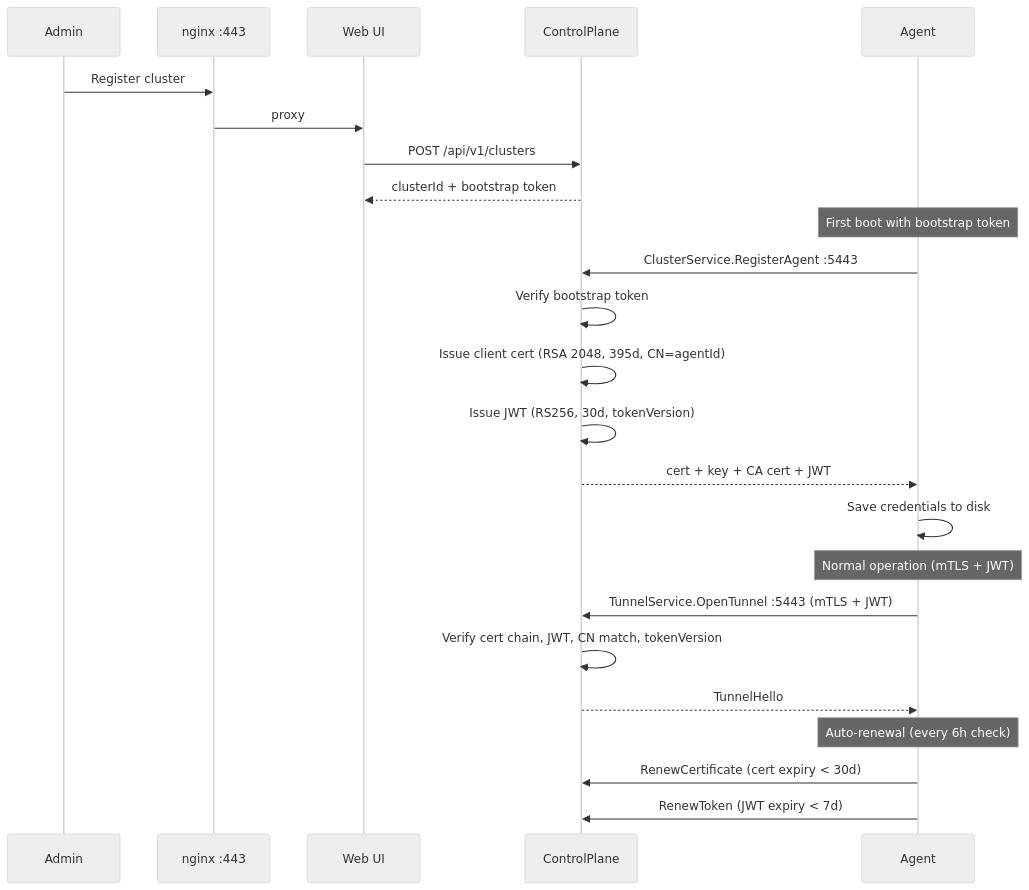
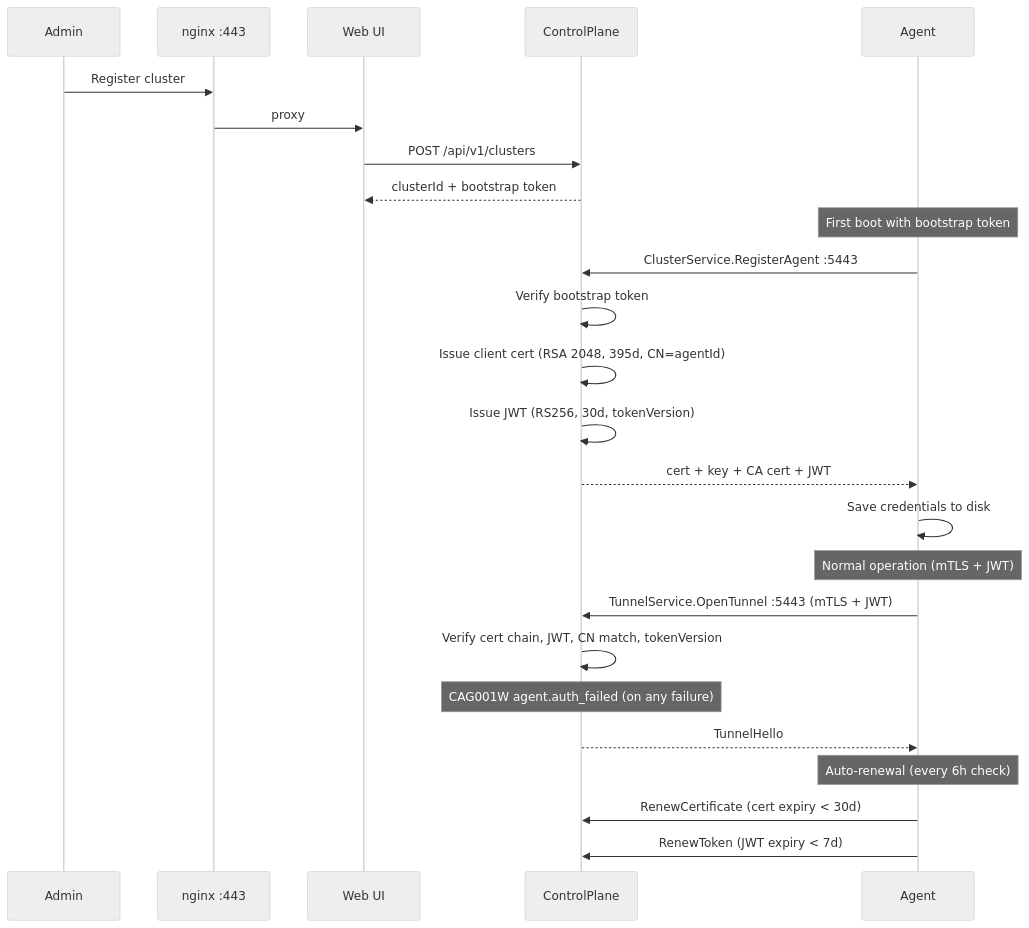
The sixth of 18 diagrams in README.md (Clustral/clustral), drawn with Mermaid (neutral theme) before and after one commit. The commit also changed other lines of this file and 15 other files, not shown here.

First line of the commit message:
feat(audit): add warning events for agent auth, credential, and proxy failures

````diff
--- a/README.md
+++ b/README.md
@@ -204,30 +204,31 @@
 ```mermaid
 sequenceDiagram
     participant Admin
     participant NGX as nginx :443
     participant WebUI as Web UI
     participant CP as ControlPlane
     participant Agent as Agent
 
     Admin->>NGX: Register cluster
     NGX->>WebUI: proxy
     WebUI->>CP: POST /api/v1/clusters
     CP-->>WebUI: clusterId + bootstrap token
 
     Note over Agent: First boot with bootstrap token
     Agent->>CP: ClusterService.RegisterAgent :5443
     CP->>CP: Verify bootstrap token
     CP->>CP: Issue client cert (RSA 2048, 395d, CN=agentId)
     CP->>CP: Issue JWT (RS256, 30d, tokenVersion)
     CP-->>Agent: cert + key + CA cert + JWT
     Agent->>Agent: Save credentials to disk
 
     Note over Agent: Normal operation (mTLS + JWT)
     Agent->>CP: TunnelService.OpenTunnel :5443 (mTLS + JWT)
     CP->>CP: Verify cert chain, JWT, CN match, tokenVersion
+    Note over CP: CAG001W agent.auth_failed (on any failure)
     CP-->>Agent: TunnelHello
 
     Note over Agent: Auto-renewal (every 6h check)
     Agent->>CP: RenewCertificate (cert expiry < 30d)
     Agent->>CP: RenewToken (JWT expiry < 7d)
 ```
````
